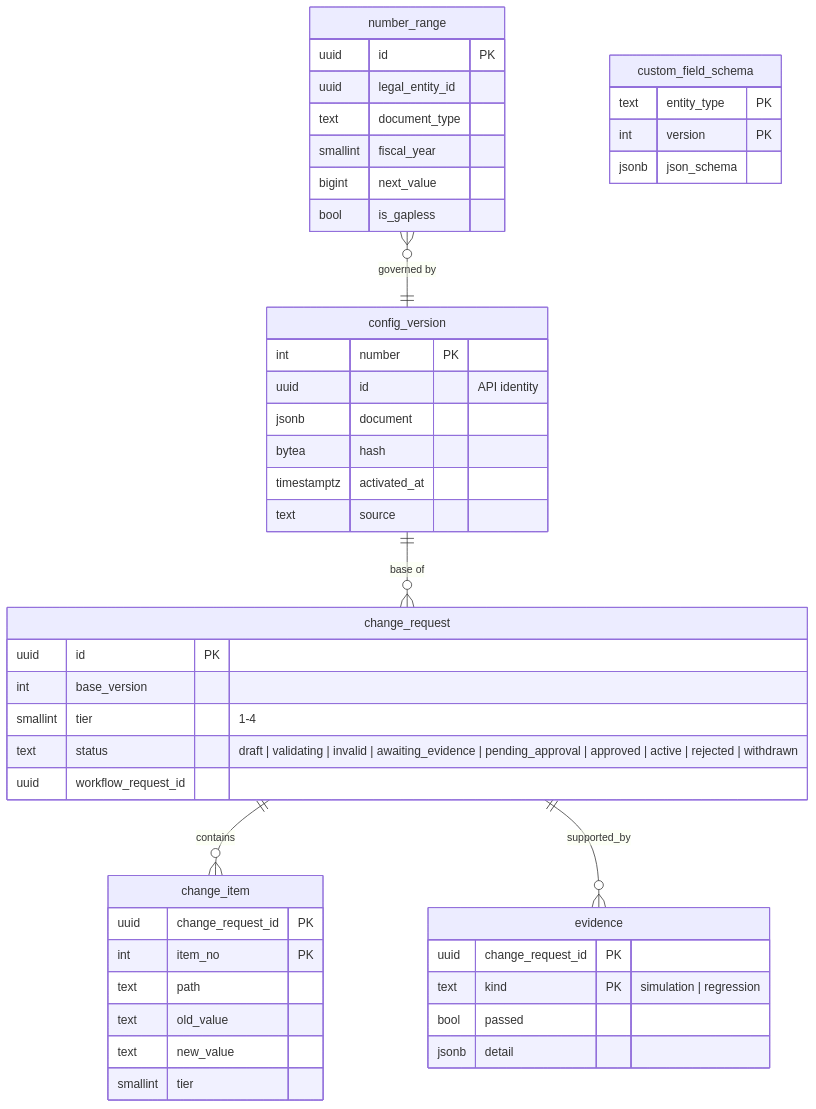
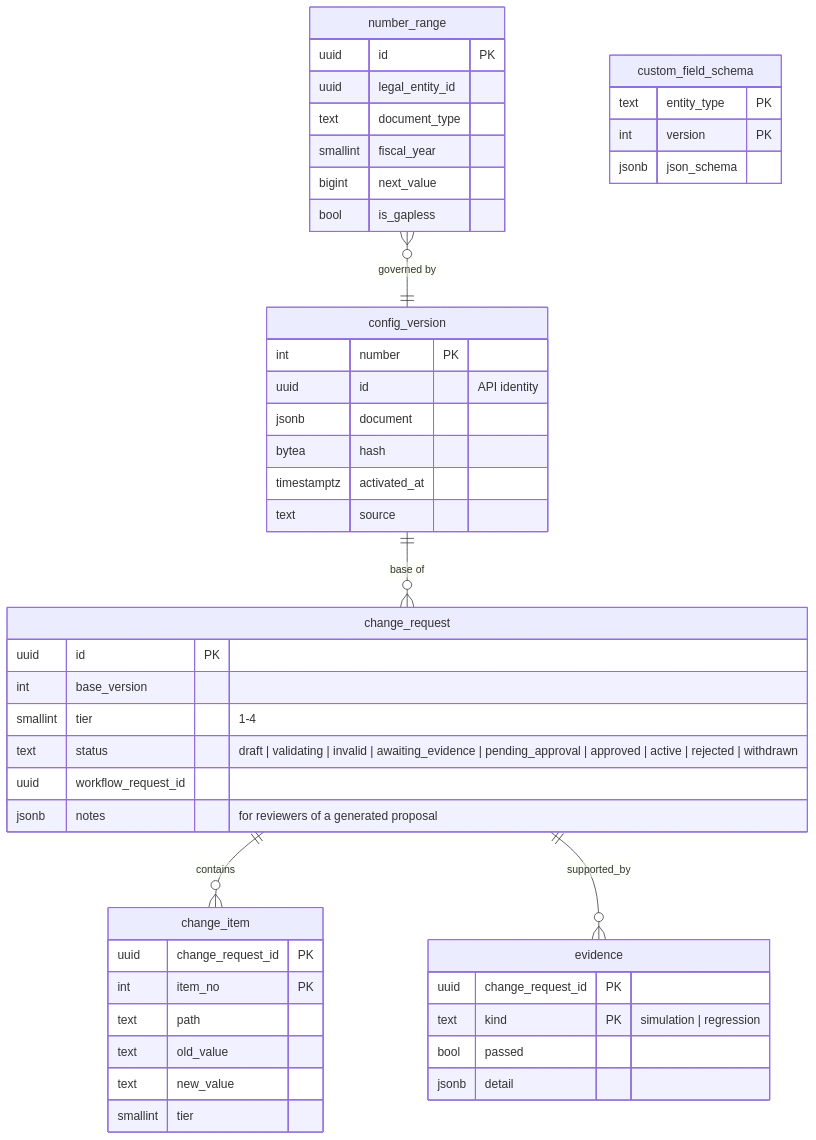
The third of 9 diagrams in docs/design/03-data-model.md (mustie7iy/agentic-erp), drawn with Mermaid before and after one commit. The commit also changed other lines of this file and 47 other files, not shown here.

First line of the commit message:
Country packs: list the packs and apply one as a draft change request with the merge's notes (T62d)

````diff
--- a/docs/design/03-data-model.md
+++ b/docs/design/03-data-model.md
@@ -288,37 +288,38 @@
 ```mermaid
 erDiagram
   config_version ||--o{ change_request : "base of"
   change_request ||--o{ change_item : contains
   change_request ||--o{ evidence : supported_by
   number_range }o--|| config_version : "governed by"
   config_version { int number PK
     uuid id "API identity"
     jsonb document
     bytea hash
     timestamptz activated_at
     text source }
   change_request { uuid id PK
     int base_version
     smallint tier "1-4"
     text status "draft | validating | invalid | awaiting_evidence | pending_approval | approved | active | rejected | withdrawn"
-    uuid workflow_request_id }
+    uuid workflow_request_id
+    jsonb notes "for reviewers of a generated proposal" }
   change_item { uuid change_request_id PK
     int item_no PK
     text path
     text old_value
     text new_value
     smallint tier }
   evidence { uuid change_request_id PK
     text kind PK "simulation | regression"
     bool passed
     jsonb detail }
   number_range { uuid id PK
     uuid legal_entity_id
     text document_type
     smallint fiscal_year
     bigint next_value
     bool is_gapless }
   custom_field_schema { text entity_type PK
     int version PK
     jsonb json_schema }
 ```
````
